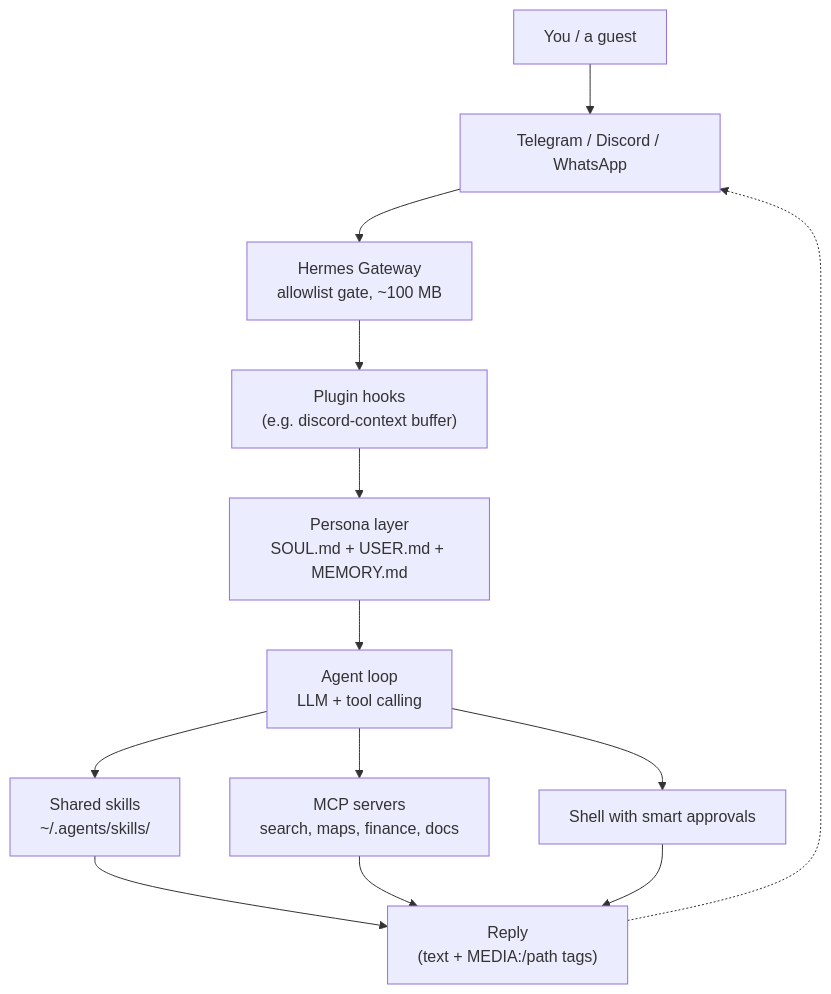
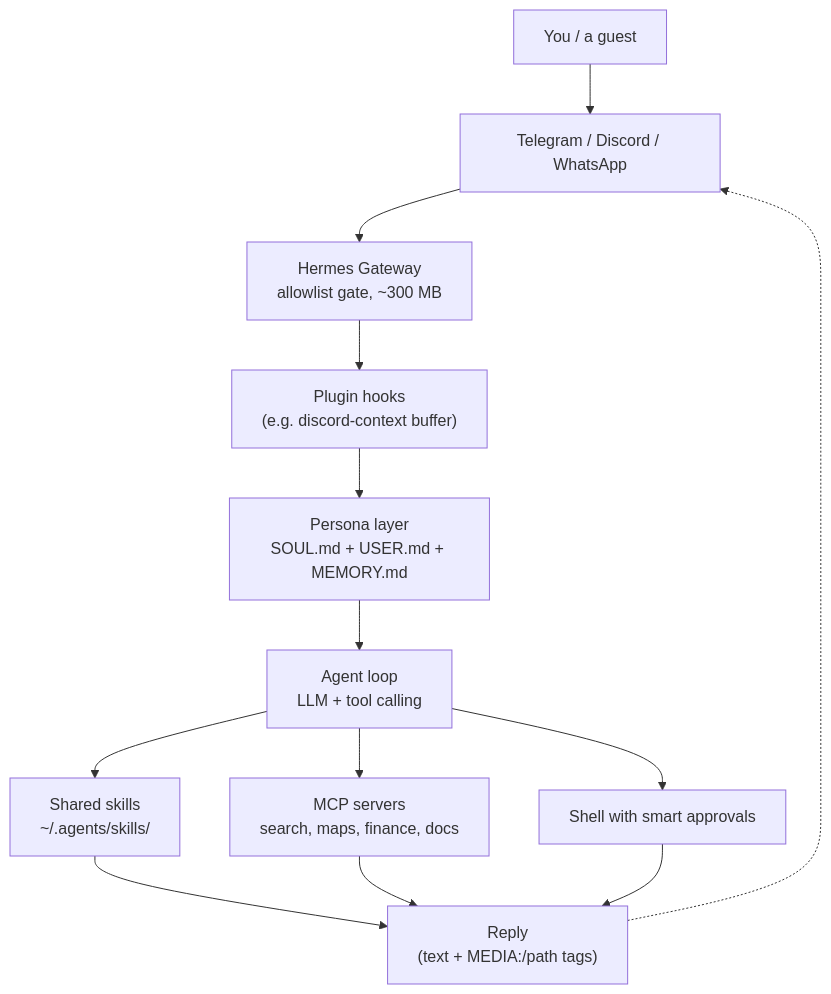
The first of 5 diagrams in content/posts/hermes-agent-setup.md (absolutepraya/blog), drawn with Mermaid before and after one commit. The commit also changed other lines of this file and 2 other files, not shown here.

````diff
--- a/content/posts/hermes-agent-setup.md
+++ b/content/posts/hermes-agent-setup.md
@@ -39,18 +39,18 @@
 ```mermaid
 graph TD
     User["You / a guest"]
     User --> Platform["Telegram / Discord / WhatsApp"]
-    Platform --> Gateway["Hermes Gateway<br>allowlist gate, ~100 MB"]
+    Platform --> Gateway["Hermes Gateway<br>allowlist gate, ~300 MB"]
     Gateway --> Hooks["Plugin hooks<br>(e.g. discord-context buffer)"]
     Hooks --> Persona["Persona layer<br>SOUL.md + USER.md + MEMORY.md"]
     Persona --> Agent["Agent loop<br>LLM + tool calling"]
 
     Agent --> Skills["Shared skills<br>~/.agents/skills/"]
     Agent --> MCP["MCP servers<br>search, maps, finance, docs"]
     Agent --> Shell["Shell with smart approvals"]
 
     Skills --> Reply["Reply<br>(text + MEDIA:/path tags)"]
     MCP --> Reply
     Shell --> Reply
     Reply -.-> Platform
 ```
````
